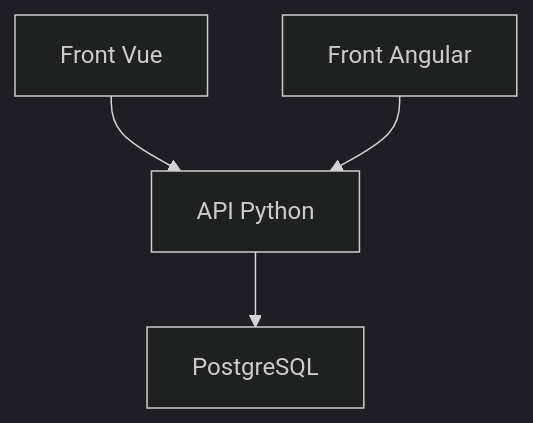
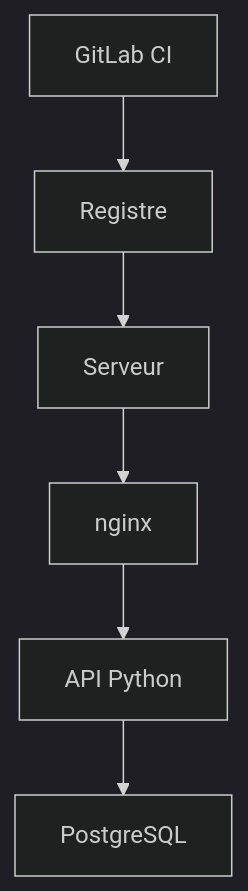
The diagram in 07 — Exercices et projets/Projet - MesDépenses/Projet - MesDépenses.md (galsen-76/Informatique-), drawn with Mermaid (dark theme) before and after one commit. The commit also changed other lines of this file and 203 other files, not shown here.

First line of the commit message:
Niveaux orientés travail : réseau, Docker, CI, serveur ; fil rouge MesDépenses refait, front à la demande

````diff
--- a/07 — Exercices et projets/Projet - MesDépenses/Projet - MesDépenses.md
+++ b/07 — Exercices et projets/Projet - MesDépenses/Projet - MesDépenses.md
@@ -27,6 +26,8 @@
 ```mermaid
-flowchart TD
-  V[Front Vue] --> A[API Python]
-  N[Front Angular] --> A
+flowchart TB
+  G[GitLab CI] --> R[Registre]
+  R --> S[Serveur]
+  S --> N[nginx]
+  N --> A[API Python]
   A --> P[PostgreSQL]
 ```
````
